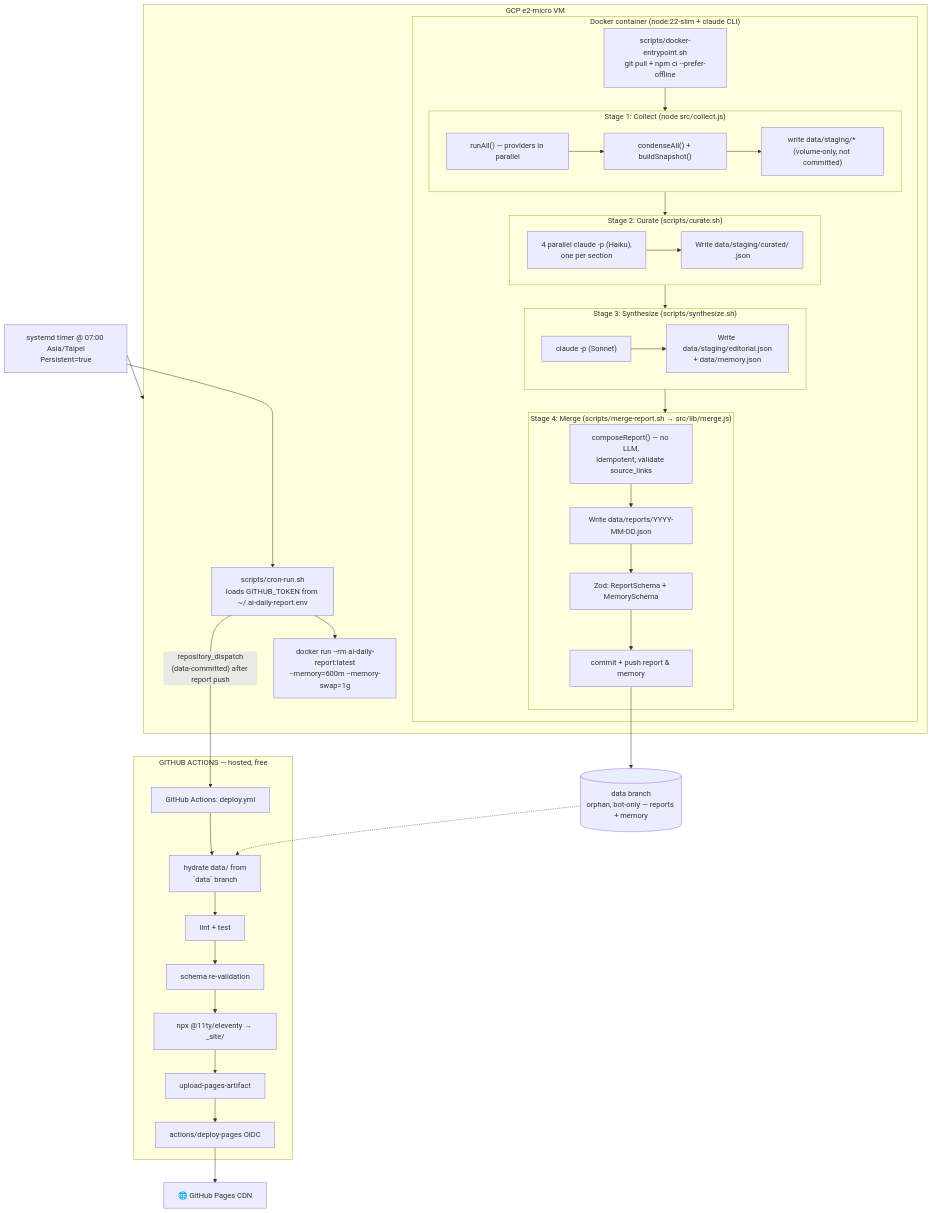
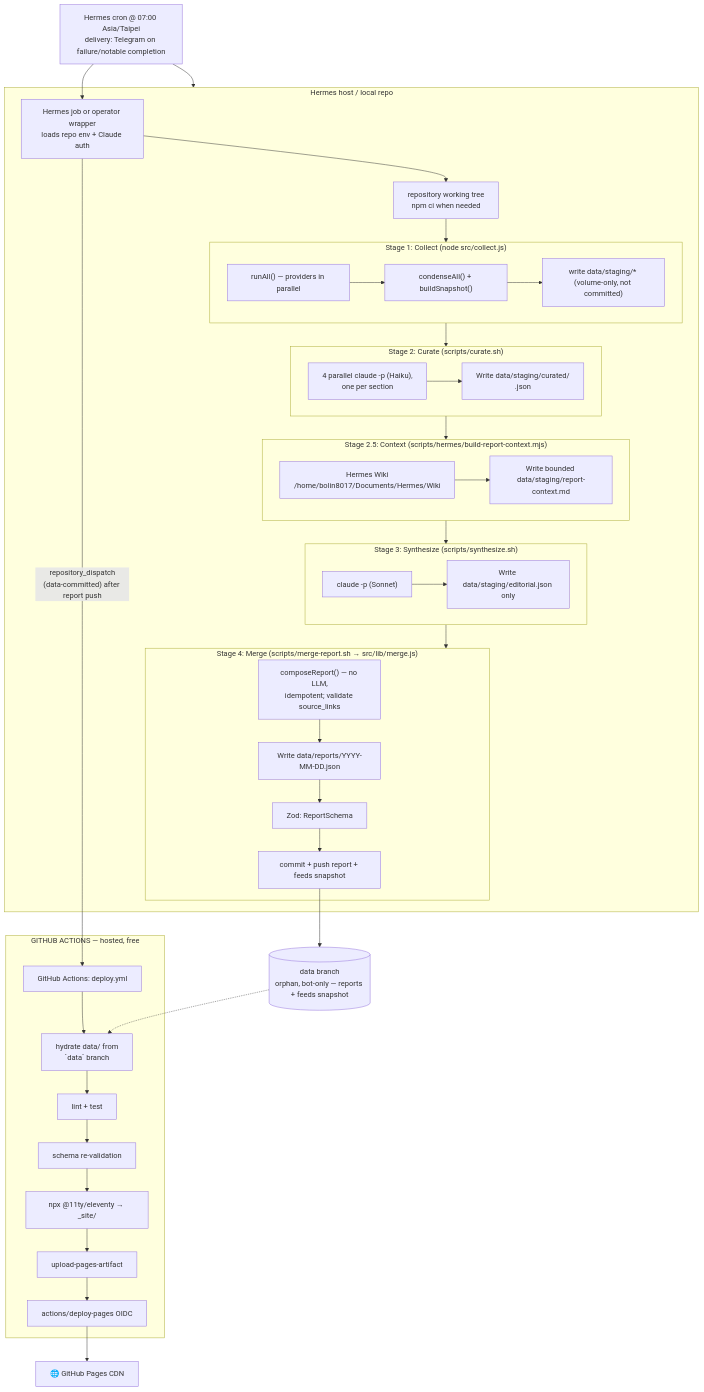
One commit to bolin8017/ai-daily-report changed the first of 3 diagrams in docs/architecture.md. Above: the diagram before and after it, drawn with Mermaid. The commit also changed other lines of this file and 15 other files, not shown here.

Commit message:
feat: migrate daily report context to Hermes Wiki (#69)

````diff
--- a/docs/architecture.md
+++ b/docs/architecture.md
@@ -17,58 +17,60 @@
 ```mermaid
 flowchart TD
-  Timer["systemd timer @ 07:00 Asia/Taipei<br/>Persistent=true"] --> Host
+  Timer["Hermes cron @ 07:00 Asia/Taipei<br/>delivery: Telegram on failure/notable completion"] --> Host
 
-  subgraph Host["GCP e2-micro VM"]
-    CronRun["scripts/cron-run.sh<br/>loads GITHUB_TOKEN from ~/.ai-daily-report.env"]
-    CronRun --> Docker["docker run --rm ai-daily-report:latest<br/>--memory=600m --memory-swap=1g"]
-
-    subgraph Container["Docker container (node:22-slim + claude CLI)"]
-      Entry["scripts/docker-entrypoint.sh<br/>git pull + npm ci --prefer-offline"]
+  subgraph Host["Hermes host / local repo"]
+    CronRun["Hermes job or operator wrapper<br/>loads repo env + Claude auth"]
+    CronRun --> Entry["repository working tree<br/>npm ci when needed"]
 
       subgraph Stage1["Stage 1: Collect (node src/collect.js)"]
         Fetch["runAll() — providers in parallel"]
         Fetch --> Condense["condenseAll() + buildSnapshot()"]
         Condense --> WriteStaging["write data/staging/* (volume-only, not committed)"]
       end
 
       subgraph Stage2["Stage 2: Curate (scripts/curate.sh)"]
         Curate["4 parallel claude -p (Haiku),<br/>one per section"]
         Curate --> WriteCurated["Write data/staging/curated/<section>.json"]
       end
 
+      subgraph Stage25["Stage 2.5: Context (scripts/hermes/build-report-context.mjs)"]
+        Wiki["Hermes Wiki<br/>/home/bolin8017/Documents/Hermes/Wiki"]
+        Wiki --> Context["Write bounded data/staging/report-context.md"]
+      end
+
       subgraph Stage3["Stage 3: Synthesize (scripts/synthesize.sh)"]
         Synth["claude -p (Sonnet)"]
-        Synth --> WriteEditorial["Write data/staging/editorial.json\n+ data/memory.json"]
+        Synth --> WriteEditorial["Write data/staging/editorial.json only"]
       end
 
       subgraph Stage4["Stage 4: Merge (scripts/merge-report.sh → src/lib/merge.js)"]
         Compose["composeReport() — no LLM,<br/>idempotent; validate source_links"]
         Compose --> WriteReport["Write data/reports/YYYY-MM-DD.json"]
-        WriteReport --> Validate["Zod: ReportSchema + MemorySchema"]
-        Validate --> CommitReport["commit + push report & memory"]
+        WriteReport --> Validate["Zod: ReportSchema"]
+        Validate --> CommitReport["commit + push report + feeds snapshot"]
       end
 
       Entry --> Stage1
       Stage1 --> Stage2
-      Stage2 --> Stage3
+      Stage2 --> Stage25
+      Stage25 --> Stage3
       Stage3 --> Stage4
-    end
   end
 
   Timer --> CronRun
-  CommitReport --> DataBranch[(data branch<br/>orphan, bot-only — reports + memory)]
+  CommitReport --> DataBranch[(data branch<br/>orphan, bot-only — reports + feeds snapshot)]
 
   CronRun -->|"repository_dispatch<br/>(data-committed) after report push"| GHA[GitHub Actions: deploy.yml]
 
   subgraph GHACI["GITHUB ACTIONS — hosted, free"]
     GHA --> Hydrate[hydrate data/ from<br/>`data` branch]
     Hydrate --> Lint[lint + test]
     Lint --> RevValidate[schema re-validation]
     RevValidate --> Build[npx @11ty/eleventy → _site/]
     Build --> Upload[upload-pages-artifact]
     Upload --> Deploy[actions/deploy-pages OIDC]
   end
 
   DataBranch -.-> Hydrate
   Deploy --> Pages[🌐 GitHub Pages CDN]
 ```
````
